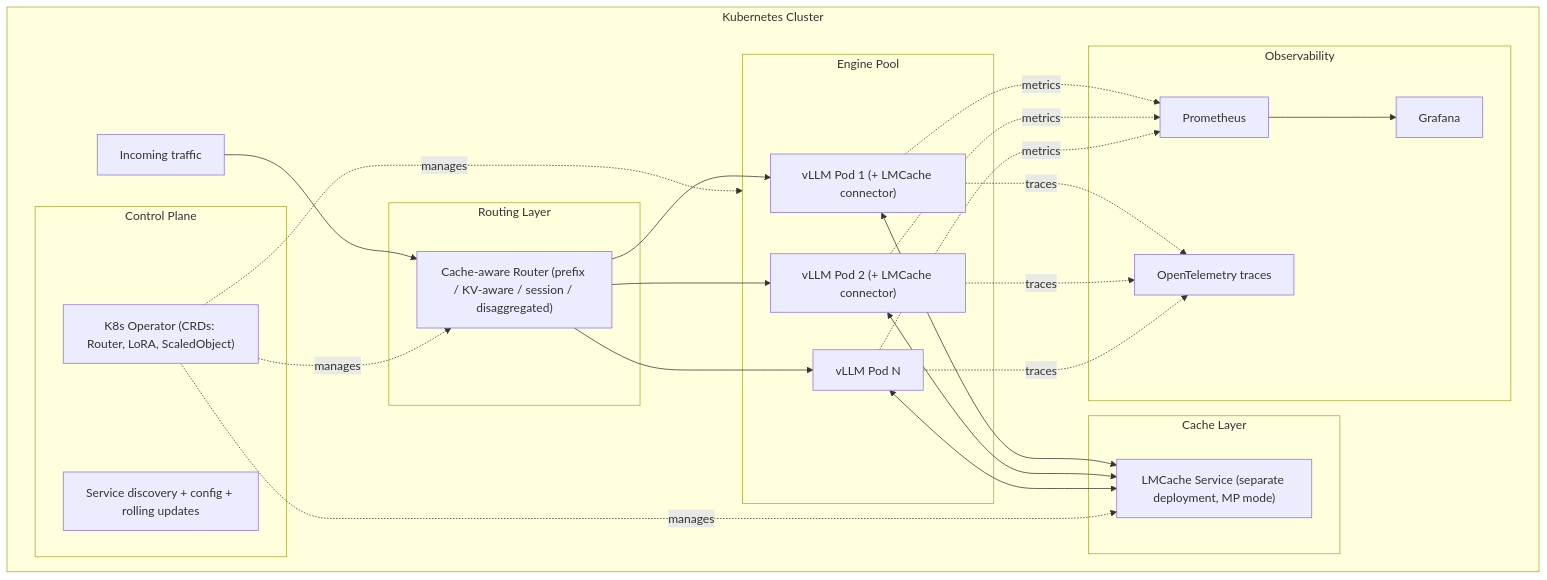
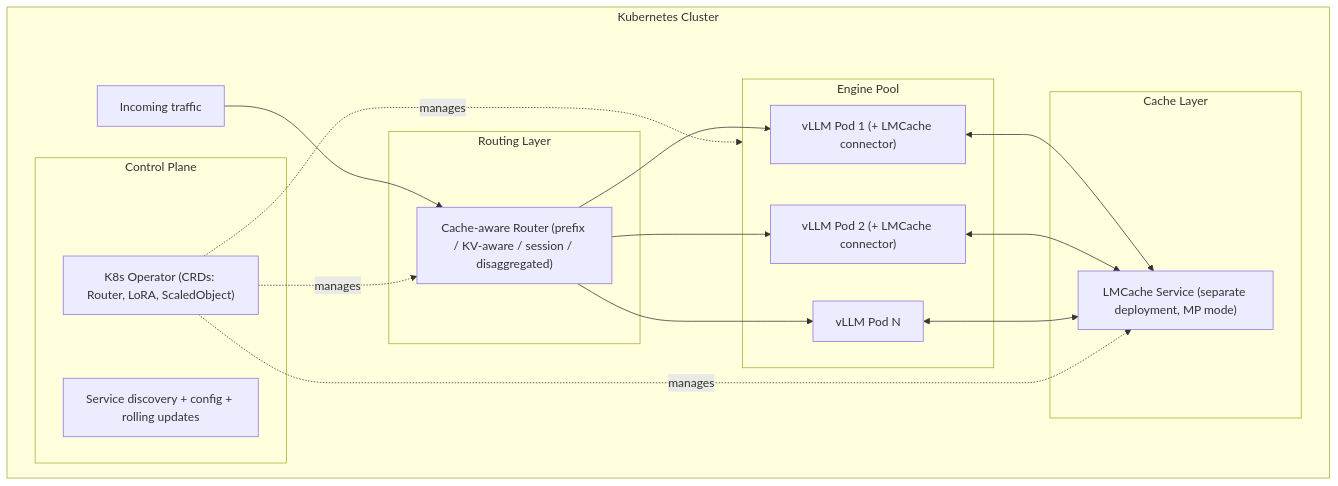
One commit to ADORSYS-GIS/Custom-Ai-Ops changed the diagram in docs/explain/vllm+lmcache-practice.md. Above: the diagram before and after it, drawn with Mermaid. The commit also changed other lines of this file and 111 other files, not shown here.

````diff
--- a/docs/explain/vllm+lmcache-practice.md
+++ b/docs/explain/vllm+lmcache-practice.md
@@ -30,33 +30,26 @@
 ```mermaid
 flowchart TB
     subgraph K8S["Kubernetes Cluster"]
         subgraph CTRL["Control Plane"]
             OP["K8s Operator (CRDs: Router, LoRA, ScaledObject)"]
             DISC["Service discovery + config + rolling updates"]
         end
         subgraph ROUTE["Routing Layer"]
             ROUTER["Cache-aware Router (prefix / KV-aware / session / disaggregated)"]
         end
         subgraph ENGINES["Engine Pool"]
             E1["vLLM Pod 1 (+ LMCache connector)"]
             E2["vLLM Pod 2 (+ LMCache connector)"]
             E3["vLLM Pod N"]
         end
         subgraph CACHE["Cache Layer"]
             LMCSVC["LMCache Service (separate deployment, MP mode)"]
         end
-        subgraph OBS["Observability"]
-            PROM["Prometheus"]
-            GRAF["Grafana"]
-            OTEL["OpenTelemetry traces"]
-        end
         CLIENT["Incoming traffic"] --> ROUTER
         ROUTER --> E1 & E2 & E3
         E1 & E2 & E3 <--> LMCSVC
-        E1 & E2 & E3 -.metrics.-> PROM --> GRAF
-        E1 & E2 & E3 -.traces.-> OTEL
         OP -.manages.-> ROUTER
         OP -.manages.-> ENGINES
         OP -.manages.-> LMCSVC
     end
 ```
````
